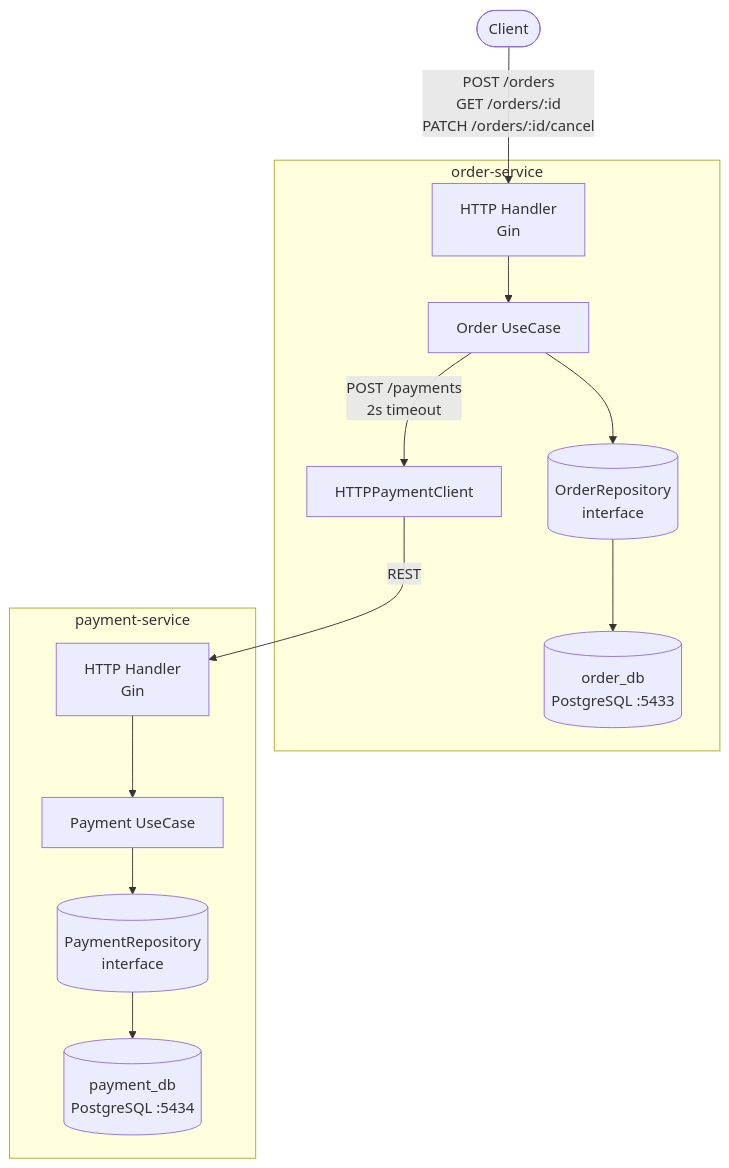
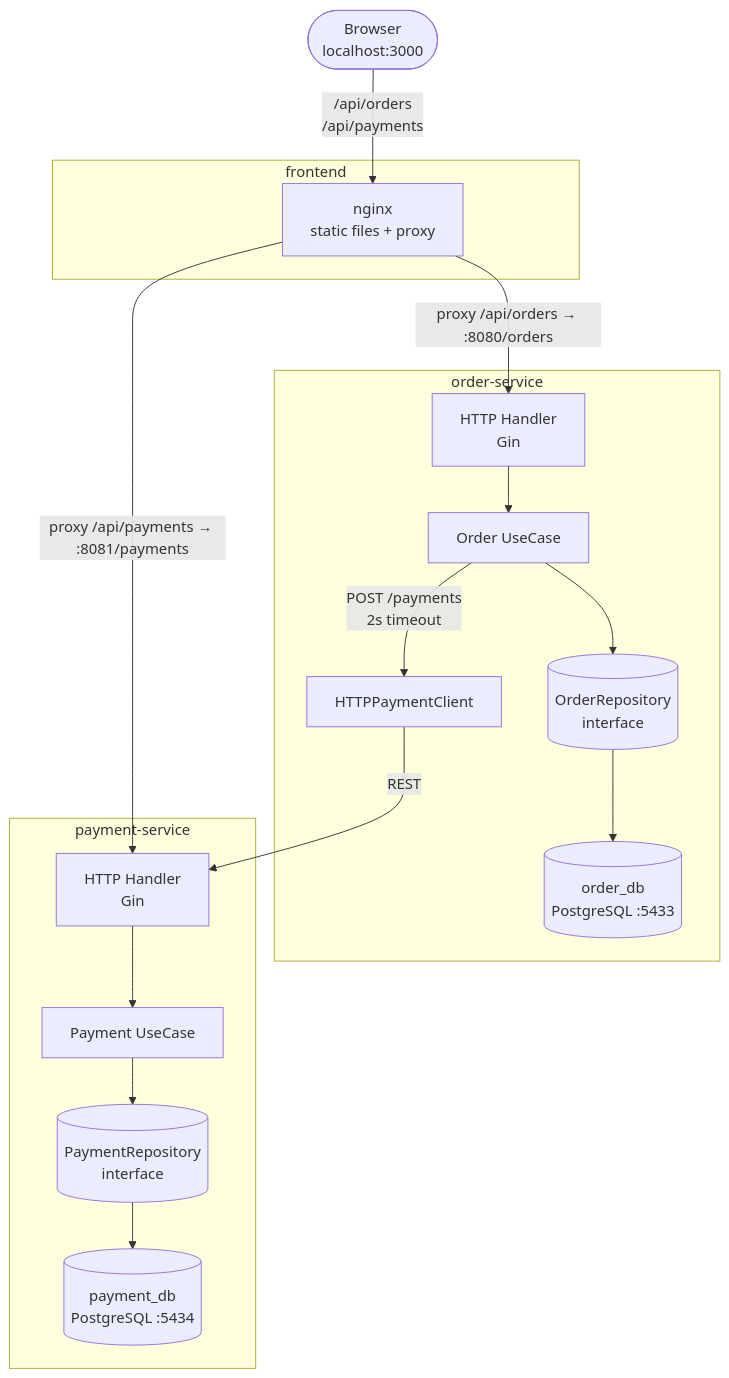
The diagram in README.md (Altusha4/microservice), drawn with Mermaid before and after one commit. The commit also changed other lines of this file, not shown here.

Commit message:
docs: update README with frontend instructions and screenshots description

````diff
--- a/README.md
+++ b/README.md
@@ -73,29 +132,35 @@
 ```mermaid
 graph TD
-    Client([Client])
+    Browser([Browser<br/>localhost:3000])
+
+    subgraph frontend
+        Nginx[nginx<br/>static files + proxy]
+    end
 
     subgraph order-service
         OH[HTTP Handler<br/>Gin]
         OUC[Order UseCase]
         OR[(OrderRepository<br/>interface)]
         ODB[(order_db<br/>PostgreSQL :5433)]
         PC[HTTPPaymentClient]
     end
 
     subgraph payment-service
         PH[HTTP Handler<br/>Gin]
         PUC[Payment UseCase]
         PR[(PaymentRepository<br/>interface)]
         PDB[(payment_db<br/>PostgreSQL :5434)]
     end
 
-    Client -->|POST /orders<br/>GET /orders/:id<br/>PATCH /orders/:id/cancel| OH
+    Browser -->|/api/orders<br/>/api/payments| Nginx
+    Nginx -->|proxy /api/orders → :8080/orders| OH
+    Nginx -->|proxy /api/payments → :8081/payments| PH
     OH --> OUC
     OUC --> OR
     OR --> ODB
     OUC -->|POST /payments<br/>2s timeout| PC
     PC -->|REST| PH
     PH --> PUC
     PUC --> PR
     PR --> PDB
 ```
````
